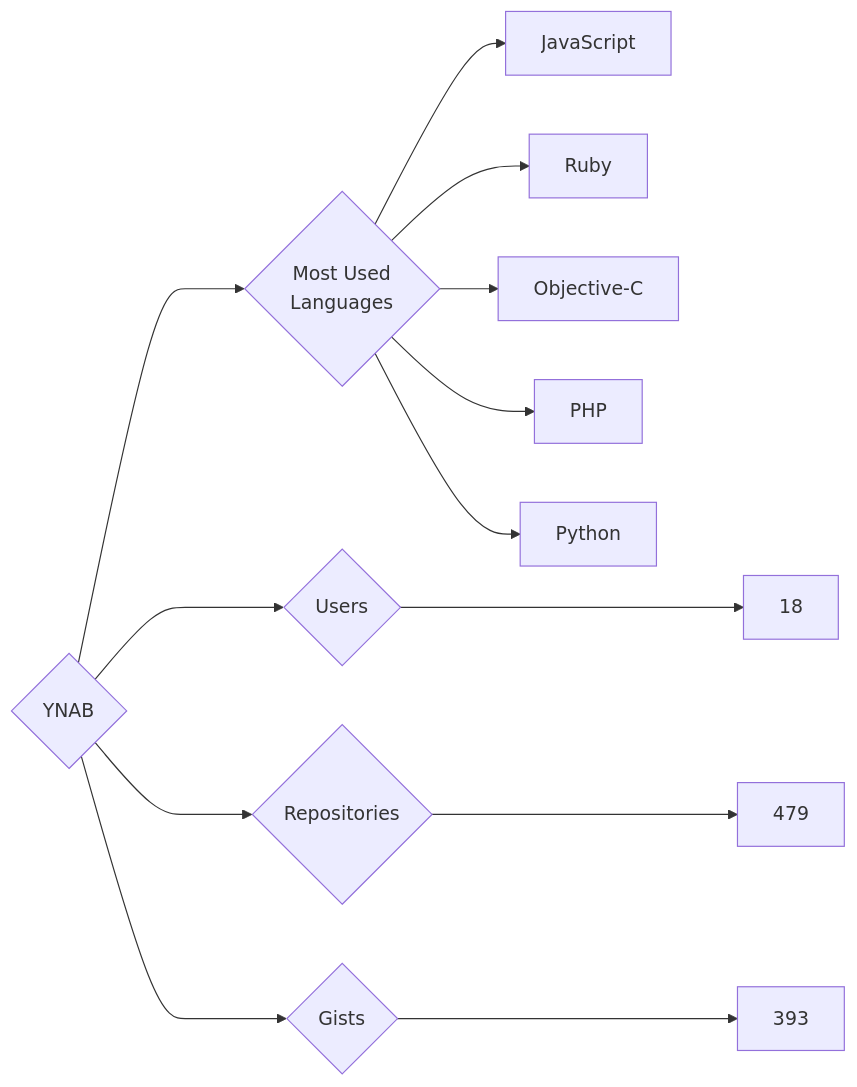
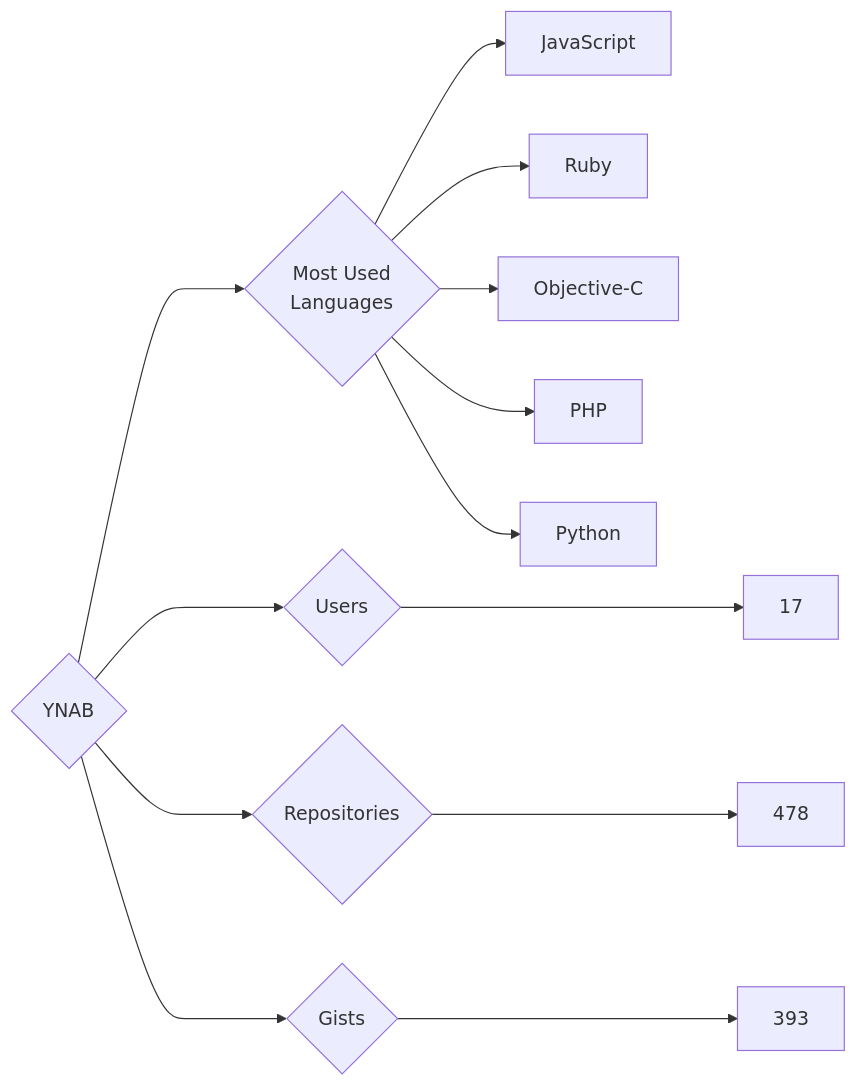
One commit to trickest/insiders changed the diagram in targets/YNAB/README.md. Above: the diagram before and after it, drawn with Mermaid. The commit also changed 787 other files, not shown here.

````diff
--- a/targets/YNAB/README.md
+++ b/targets/YNAB/README.md
@@ -3,13 +3,13 @@
 ```mermaid
 graph LR
 COMPANY_NAME{YNAB}
-COMPANY_NAME ---> U{Users} ---> UN[18]
-COMPANY_NAME ---> R{Repositories} ---> RN[479]
+COMPANY_NAME ---> U{Users} ---> UN[17]
+COMPANY_NAME ---> R{Repositories} ---> RN[478]
 COMPANY_NAME ---> G{Gists} ---> GN[393]
 COMPANY_NAME ---> ML{Most Used<br>Languages}
 ML --> JavaScript[JavaScript]
 ML --> Ruby[Ruby]
 ML --> Objective-C[Objective-C]
 ML --> PHP[PHP]
 ML --> Python[Python]
 ```
````
